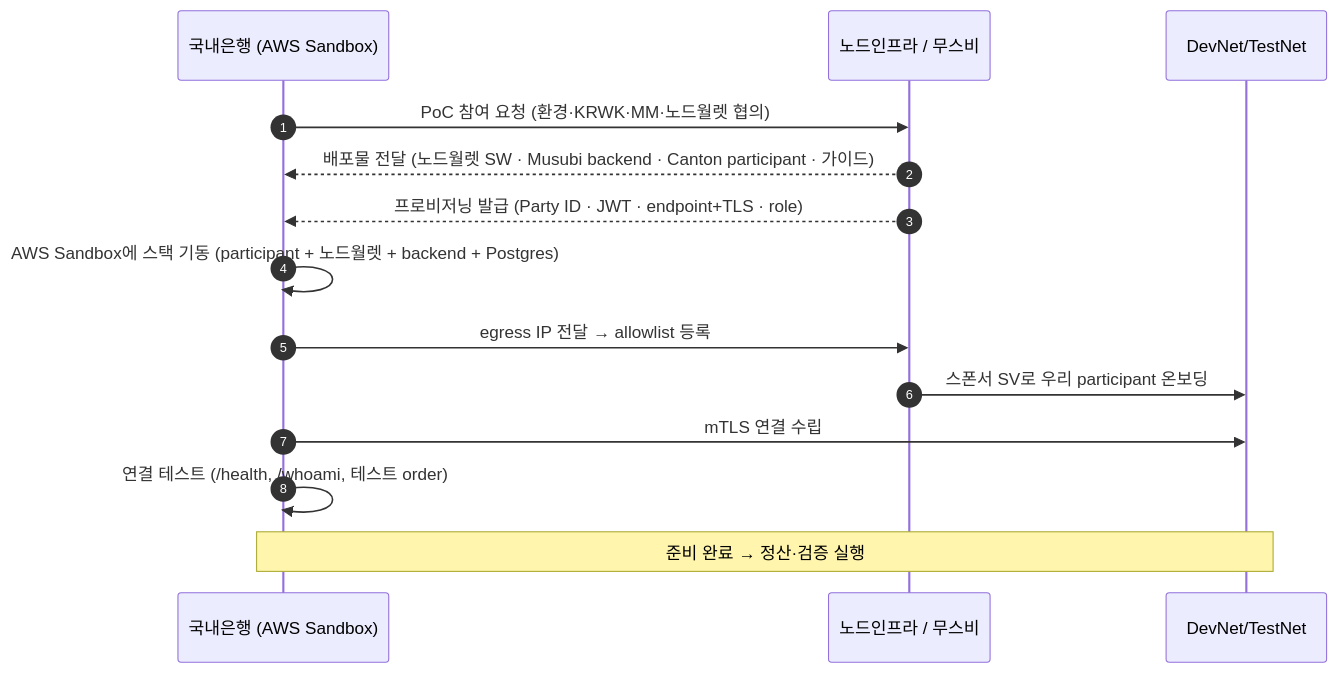
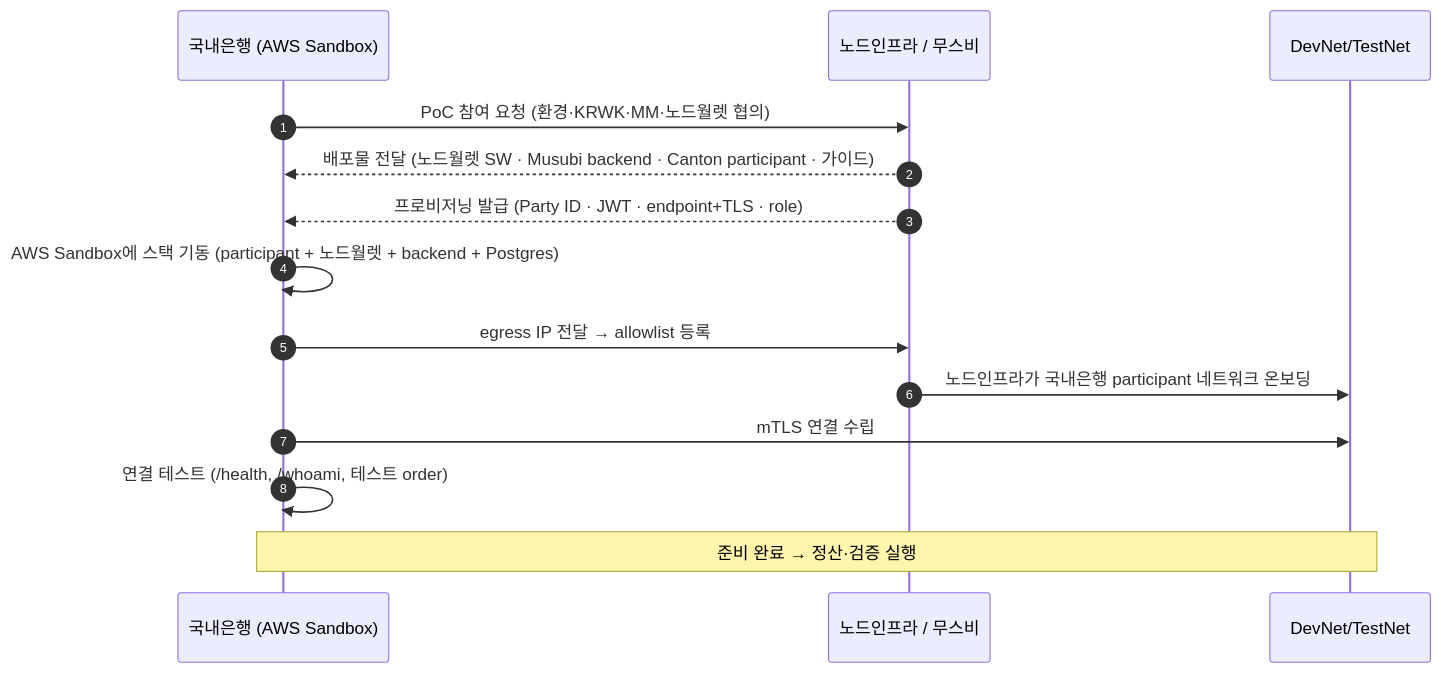
The second of 2 diagrams in dev/docs/poc/aws-sandbox-devnet-setup.md (eunsujeo/canton-docs), drawn with Mermaid before and after one commit. The commit also changed other lines of this file and 6 other files, not shown here.

First line of the commit message:
docs(poc): 다이어그램·용어·설명 보강 (Confluence 이전 정리)

````diff
--- a/dev/docs/poc/aws-sandbox-devnet-setup.md
+++ b/dev/docs/poc/aws-sandbox-devnet-setup.md
@@ -46,16 +62,16 @@
 ```mermaid
 sequenceDiagram
     autonumber
     participant B as 국내은행 (AWS Sandbox)
     participant N as 노드인프라 / 무스비
     participant NET as DevNet/TestNet
     B->>N: PoC 참여 요청 (환경·KRWK·MM·노드월렛 협의)
     N-->>B: 배포물 전달 (노드월렛 SW · Musubi backend · Canton participant · 가이드)
     N-->>B: 프로비저닝 발급 (Party ID · JWT · endpoint+TLS · role)
     B->>B: AWS Sandbox에 스택 기동 (participant + 노드월렛 + backend + Postgres)
     B->>N: egress IP 전달 → allowlist 등록
-    N->>NET: 스폰서 SV로 우리 participant 온보딩
+    N->>NET: 노드인프라가 국내은행 participant 네트워크 온보딩
     B->>NET: mTLS 연결 수립
     B->>B: 연결 테스트 (/health, /whoami, 테스트 order)
     Note over B,NET: 준비 완료 → 정산·검증 실행
 ```
````
